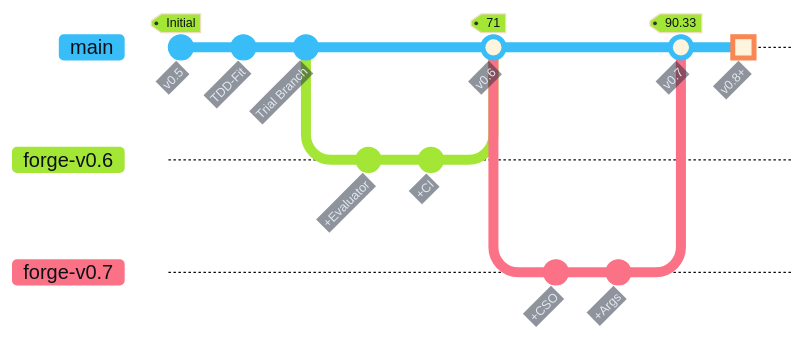
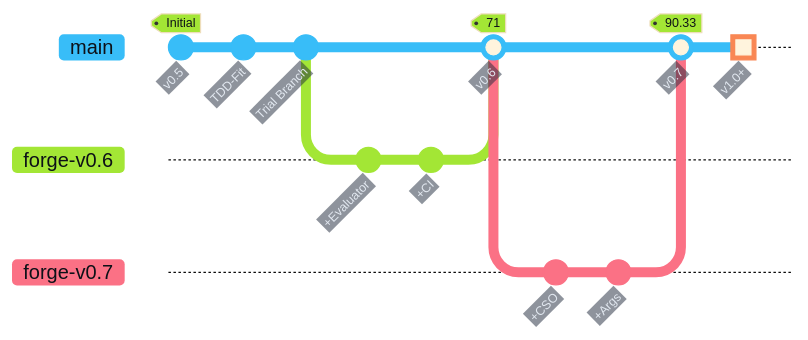
One commit to quantsquirrel/claude-skill-forge changed the seventh of 8 diagrams in README.ko.md. Above: the diagram before and after it, drawn with Mermaid. The commit also changed other lines of this file and 3 other files, not shown here.

````diff
--- a/README.ko.md
+++ b/README.ko.md
@@ -294,29 +294,29 @@
 ```mermaid
 %%{init: {'theme': 'base', 'themeVariables': {
   'git0': '#38BDF8',
   'git1': '#A3E635',
   'git2': '#FB7185',
   'gitBranchLabel0': '#0D1117',
   'gitBranchLabel1': '#0D1117',
   'gitBranchLabel2': '#0D1117',
   'commitLabelColor': '#E2E8F0',
   'commitLabelBackground': '#1E293B',
   'tagLabelColor': '#0D1117',
   'tagLabelBackground': '#A3E635'
 }, 'gitGraph': {'showCommitLabel': true}}}%%
 gitGraph
     commit id: "v0.5" tag: "Initial"
     commit id: "TDD-Fit"
     commit id: "Trial Branch"
     branch forge-v0.6
     commit id: "+Evaluator"
     commit id: "+CI"
     checkout main
     merge forge-v0.6 id: "v0.6" tag: "71"
     branch forge-v0.7
     commit id: "+CSO"
     commit id: "+Args"
     checkout main
     merge forge-v0.7 id: "v0.7" tag: "90.33"
-    commit id: "v0.8+" type: HIGHLIGHT
+    commit id: "v1.0+" type: HIGHLIGHT
 ```
````
